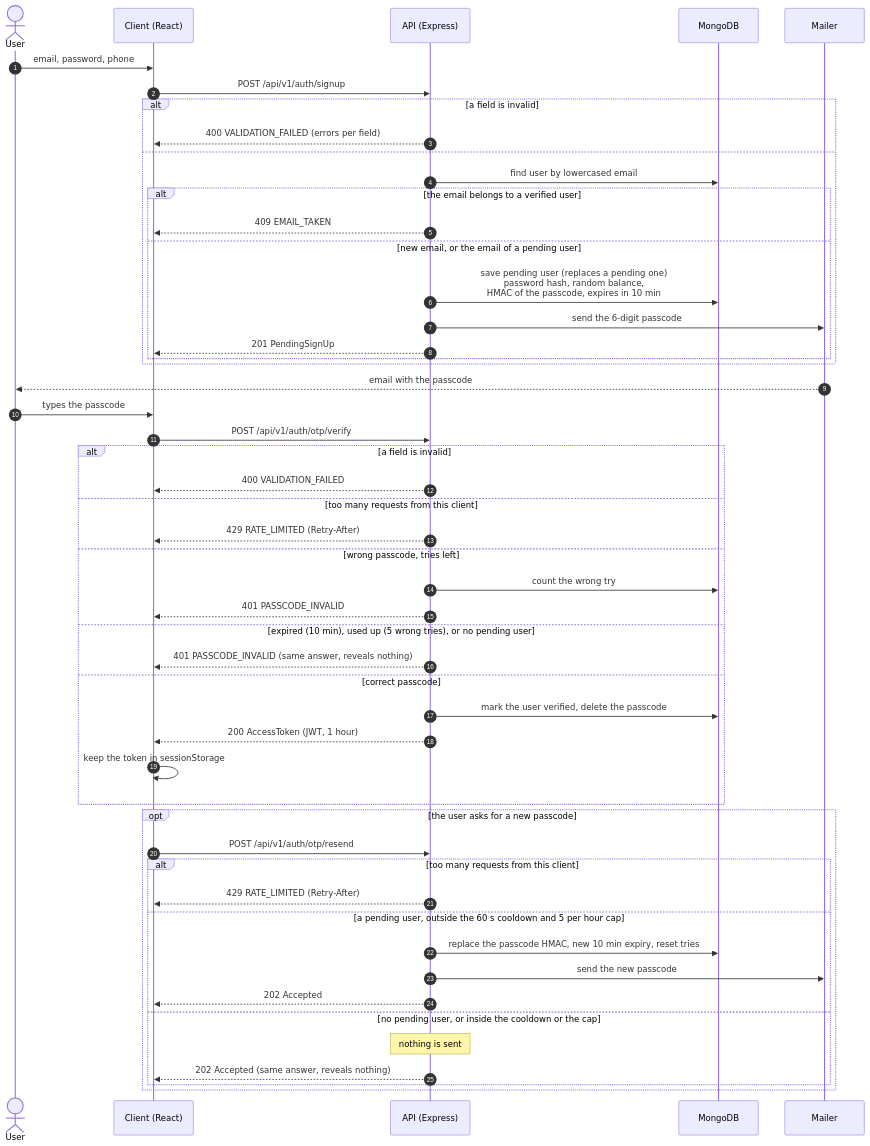
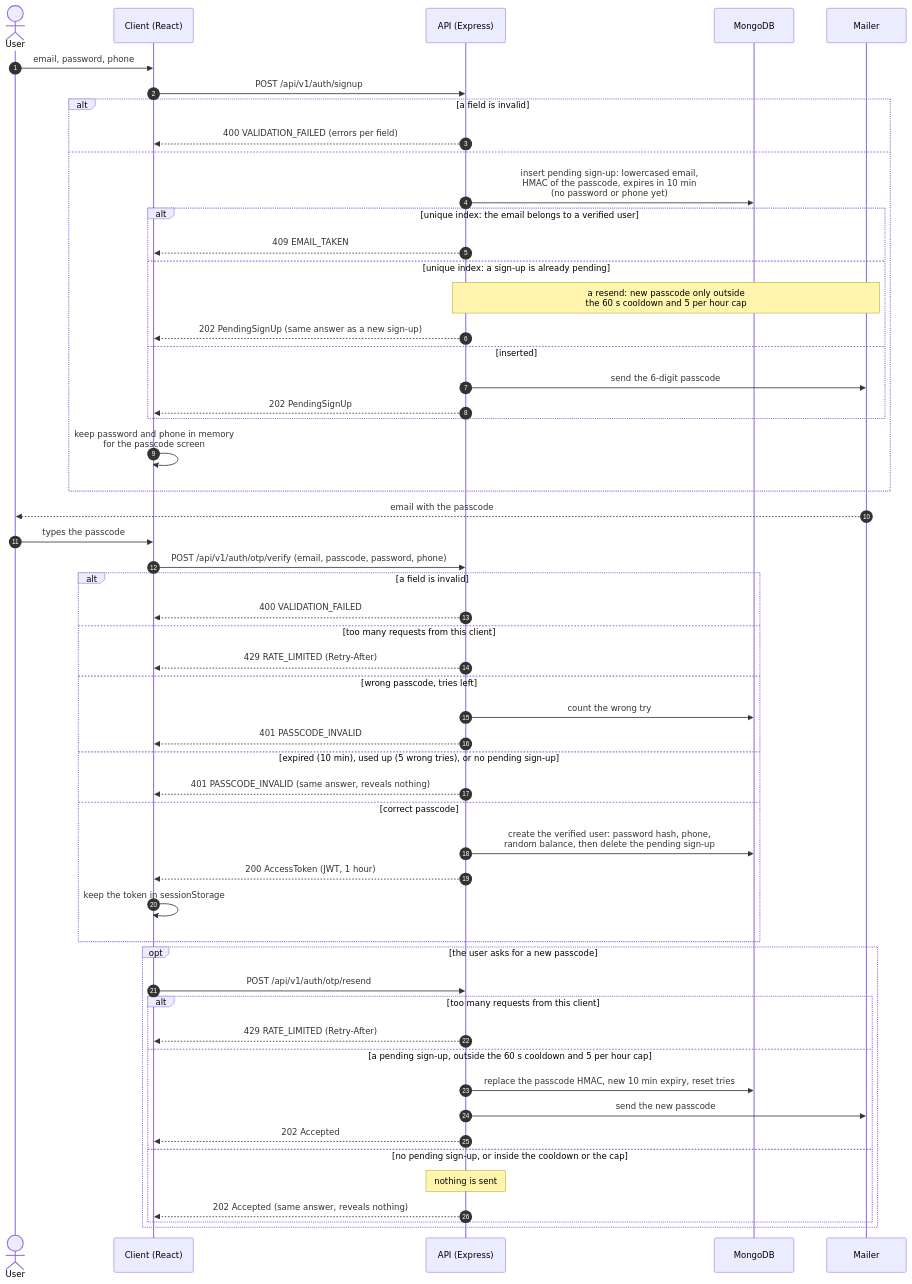
The diagram in docs/diagrams/signup-passcode.md (NimbleShot/web-banking-app), drawn with Mermaid before and after one commit. The commit also changed other lines of this file and 11 other files, not shown here.

First line of the commit message:
feat(api): CT-1 sign-up saves credentials with the passcode; password reset

````diff
--- a/docs/diagrams/signup-passcode.md
+++ b/docs/diagrams/signup-passcode.md
@@ -9,56 +10,59 @@
 ```mermaid
 sequenceDiagram
     autonumber
     actor U as User
     participant C as Client (React)
     participant API as API (Express)
     participant DB as MongoDB
     participant M as Mailer
 
     U->>C: email, password, phone
     C->>API: POST /api/v1/auth/signup
     alt a field is invalid
         API-->>C: 400 VALIDATION_FAILED (errors per field)
     else
-        API->>DB: find user by lowercased email
-        alt the email belongs to a verified user
+        API->>DB: insert pending sign-up: lowercased email,<br/>HMAC of the passcode, expires in 10 min<br/>(no password or phone yet)
+        alt unique index: the email belongs to a verified user
             API-->>C: 409 EMAIL_TAKEN
-        else new email, or the email of a pending user
-            API->>DB: save pending user (replaces a pending one)<br/>password hash, random balance,<br/>HMAC of the passcode, expires in 10 min
+        else unique index: a sign-up is already pending
+            Note over API,M: a resend: new passcode only outside<br/>the 60 s cooldown and 5 per hour cap
+            API-->>C: 202 PendingSignUp (same answer as a new sign-up)
+        else inserted
             API->>M: send the 6-digit passcode
-            API-->>C: 201 PendingSignUp
+            API-->>C: 202 PendingSignUp
         end
+        C->>C: keep password and phone in memory<br/>for the passcode screen
     end
 
     M-->>U: email with the passcode
     U->>C: types the passcode
-    C->>API: POST /api/v1/auth/otp/verify
+    C->>API: POST /api/v1/auth/otp/verify (email, passcode, password, phone)
     alt a field is invalid
         API-->>C: 400 VALIDATION_FAILED
     else too many requests from this client
         API-->>C: 429 RATE_LIMITED (Retry-After)
     else wrong passcode, tries left
         API->>DB: count the wrong try
         API-->>C: 401 PASSCODE_INVALID
-    else expired (10 min), used up (5 wrong tries), or no pending user
+    else expired (10 min), used up (5 wrong tries), or no pending sign-up
         API-->>C: 401 PASSCODE_INVALID (same answer, reveals nothing)
     else correct passcode
-        API->>DB: mark the user verified, delete the passcode
+        API->>DB: create the verified user: password hash, phone,<br/>random balance, then delete the pending sign-up
         API-->>C: 200 AccessToken (JWT, 1 hour)
         C->>C: keep the token in sessionStorage
     end
 
     opt the user asks for a new passcode
         C->>API: POST /api/v1/auth/otp/resend
         alt too many requests from this client
             API-->>C: 429 RATE_LIMITED (Retry-After)
-        else a pending user, outside the 60 s cooldown and 5 per hour cap
+        else a pending sign-up, outside the 60 s cooldown and 5 per hour cap
             API->>DB: replace the passcode HMAC, new 10 min expiry, reset tries
             API->>M: send the new passcode
             API-->>C: 202 Accepted
-        else no pending user, or inside the cooldown or the cap
+        else no pending sign-up, or inside the cooldown or the cap
             Note over API: nothing is sent
             API-->>C: 202 Accepted (same answer, reveals nothing)
         end
     end
 ```
````
